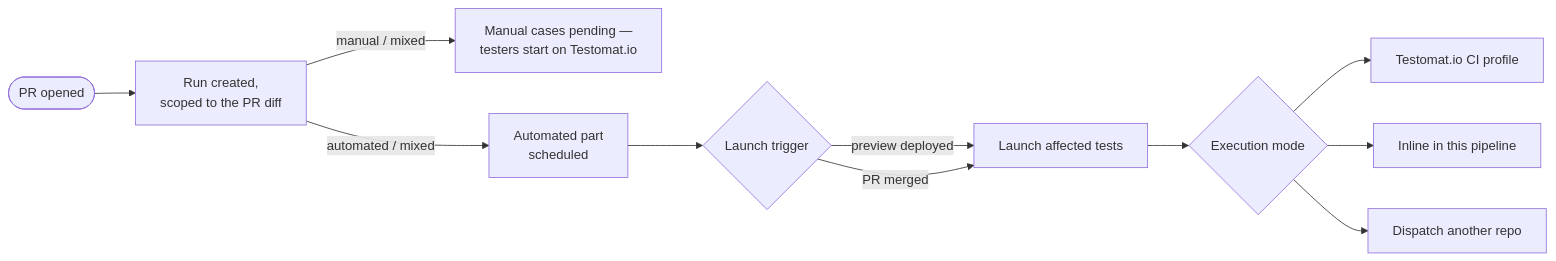
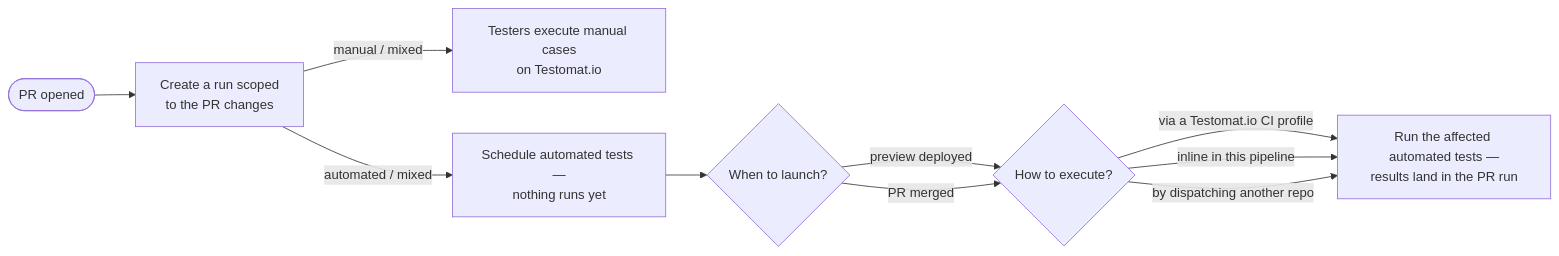
The first of 2 diagrams in skills/setup-pr-testing/SKILL.md (testomatio/skills), drawn with Mermaid before and after one commit. The commit also changed other lines of this file, not shown here.

First line of the commit message:
Diagram clarity rules: verb-first blocks, outcome endings, inventory vs scope

````diff
--- a/skills/setup-pr-testing/SKILL.md
+++ b/skills/setup-pr-testing/SKILL.md
@@ -28,13 +28,13 @@
 ```mermaid
 flowchart LR
-    PR([PR opened]) --> RUN[Run created,<br/>scoped to the PR diff]
-    RUN -->|manual / mixed| TESTERS[Manual cases pending —<br/>testers start on Testomat.io]
-    RUN -->|automated / mixed| SCHED[Automated part<br/>scheduled]
-    SCHED --> TRIG{Launch trigger}
-    TRIG -->|preview deployed| LAUNCH[Launch affected tests]
-    TRIG -->|PR merged| LAUNCH
-    LAUNCH --> MODE{Execution mode}
-    MODE --> REMOTE[Testomat.io CI profile]
-    MODE --> INLINE[Inline in this pipeline]
-    MODE --> CROSS[Dispatch another repo]
+    PR([PR opened]) --> RUN[Create a run scoped<br/>to the PR changes]
+    RUN -->|manual / mixed| TESTERS[Testers execute manual cases<br/>on Testomat.io]
+    RUN -->|automated / mixed| SCHED[Schedule automated tests —<br/>nothing runs yet]
+    SCHED --> TRIG{When to launch?}
+    TRIG -->|preview deployed| MODE{How to execute?}
+    TRIG -->|PR merged| MODE
+    MODE -->|via a Testomat.io CI profile| RES
+    MODE -->|inline in this pipeline| RES
+    MODE -->|by dispatching another repo| RES
+    RES[Run the affected automated tests —<br/>results land in the PR run]
 ```
````
